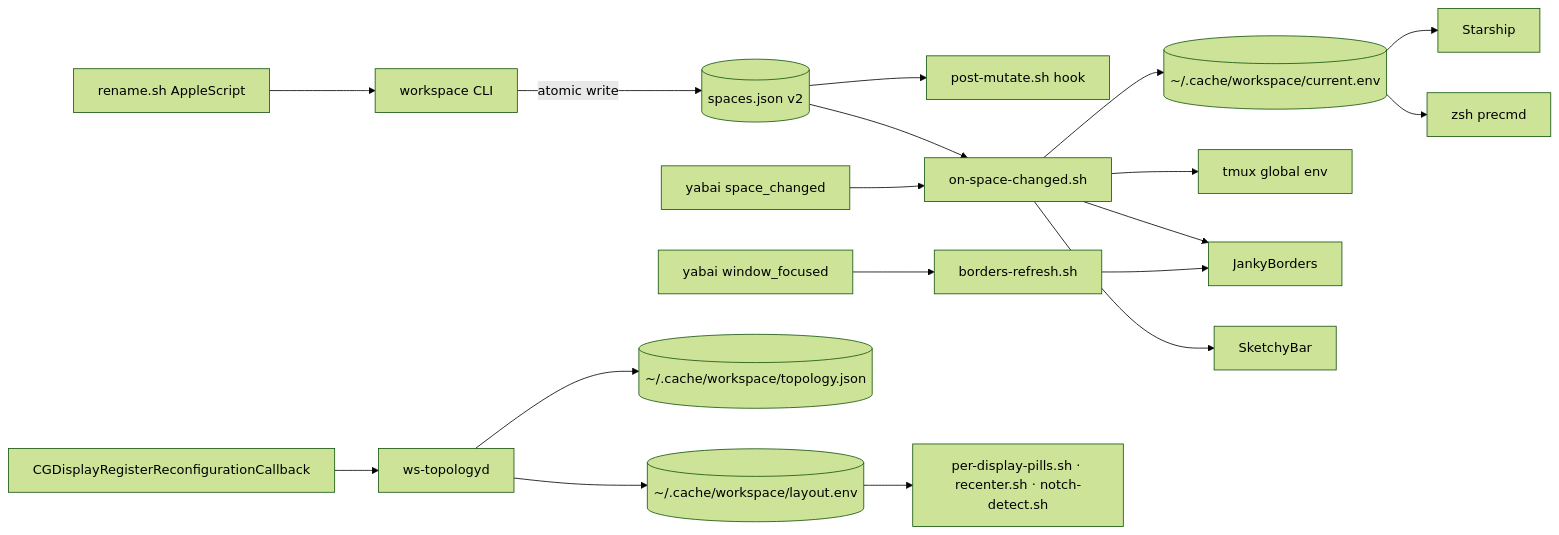
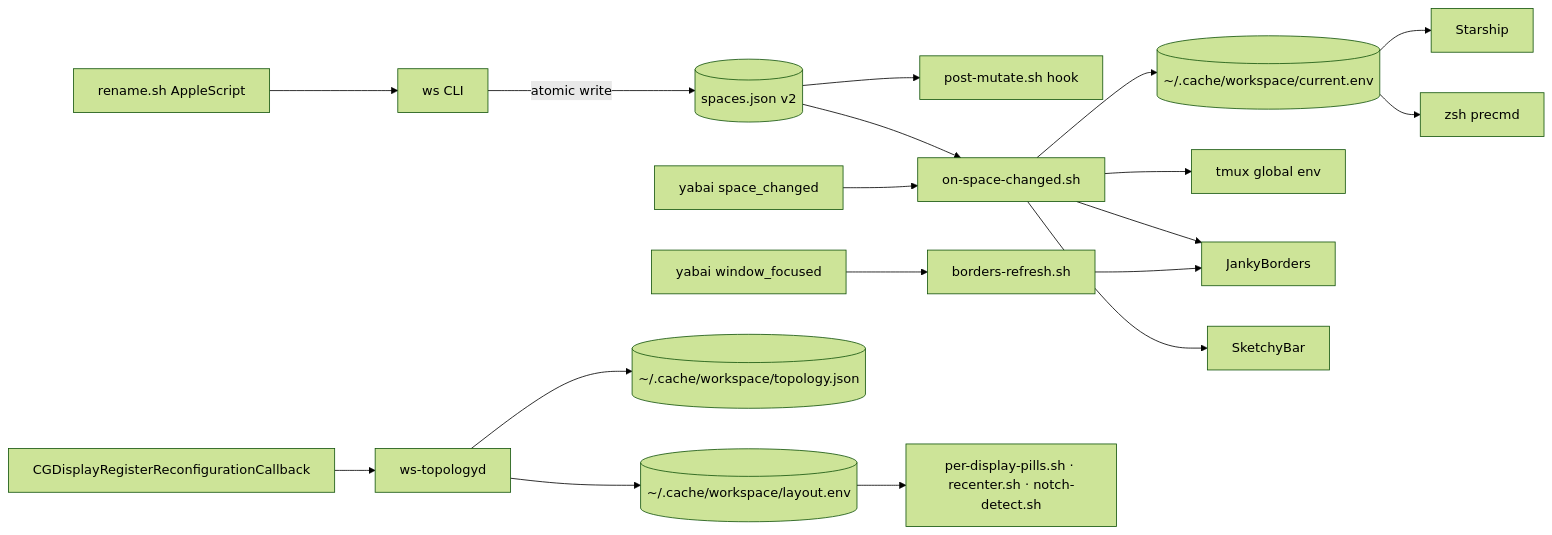
Before and after one commit to adames/dotfiles: the second of 2 diagrams in docs/architecture.md, drawn with Mermaid (forest theme). The commit also changed other lines of this file and 21 other files, not shown here.

````diff
--- a/docs/architecture.md
+++ b/docs/architecture.md
@@ -162,20 +162,20 @@
 ```mermaid
 graph LR
-  CLI[workspace CLI] -->|atomic write| JSON[(spaces.json v2)]
+  CLI[ws CLI] -->|atomic write| JSON[(spaces.json v2)]
   Rename[rename.sh AppleScript] --> CLI
   JSON --> Hook[post-mutate.sh hook]
   JSON --> Cascade[on-space-changed.sh]
   yabai[yabai space_changed] --> Cascade
   yabai_focus[yabai window_focused] --> BordersRefresh[borders-refresh.sh]
   CGCallback[CGDisplayRegisterReconfigurationCallback] --> Daemon[ws-topologyd]
   Daemon --> TopologyJSON[(~/.cache/workspace/topology.json)]
   Daemon --> LayoutEnv[(~/.cache/workspace/layout.env)]
   LayoutEnv --> SketchybarPlugins[per-display-pills.sh · recenter.sh · notch-detect.sh]
   Cascade --> EnvFile[(~/.cache/workspace/current.env)]
   Cascade --> TmuxEnv[tmux global env]
   Cascade --> Borders[JankyBorders]
   BordersRefresh --> Borders
   Cascade --> Sketchybar[SketchyBar]
   EnvFile --> Starship
   EnvFile --> Zsh[zsh precmd]
 ```
````
